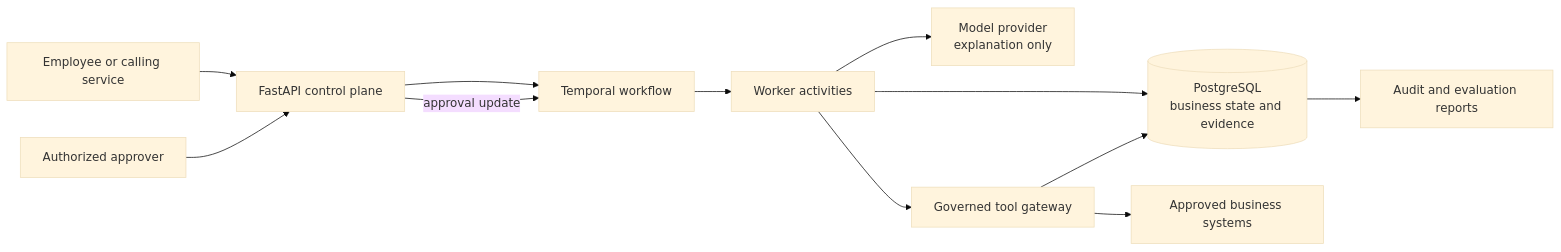
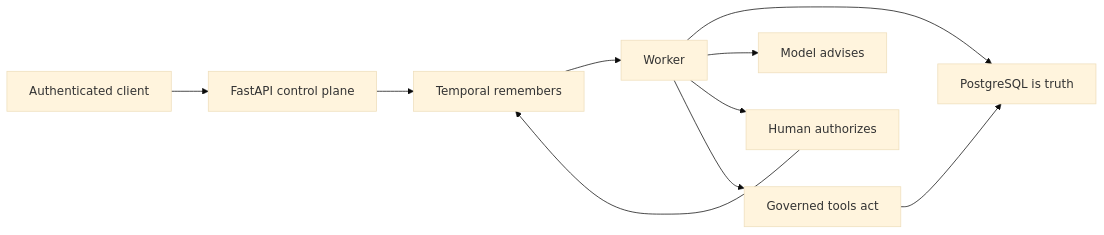
The first of 3 diagrams in README.md (kabbersokhi-boop/agents-should-survive-failure), drawn with Mermaid (base theme) before and after one commit. The commit also changed other lines of this file and 19 other files, not shown here.

````diff
--- a/README.md
+++ b/README.md
@@ -102,19 +22,12 @@
 ```mermaid
 flowchart LR
-    User[Employee or calling service] --> API[FastAPI control plane]
-
-    API --> T[Temporal workflow]
-    T --> W[Worker activities]
-
-    W --> M[Model provider<br/>explanation only]
-    W --> G[Governed tool gateway]
-    W --> DB[(PostgreSQL<br/>business state and evidence)]
-
-    G --> S[Approved business systems]
-    G --> DB
-
-    Approver[Authorized approver] --> API
-    API -->|approval update| T
-
-    DB --> E[Audit and evaluation reports]
+    C[Authenticated client] --> A[FastAPI control plane]
+    A --> T[Temporal remembers]
+    T --> W[Worker]
+    W --> P[PostgreSQL is truth]
+    W --> M[Model advises]
+    W --> H[Human authorizes]
+    W --> G[Governed tools act]
+    G --> P
+    H --> T
 ```
````
